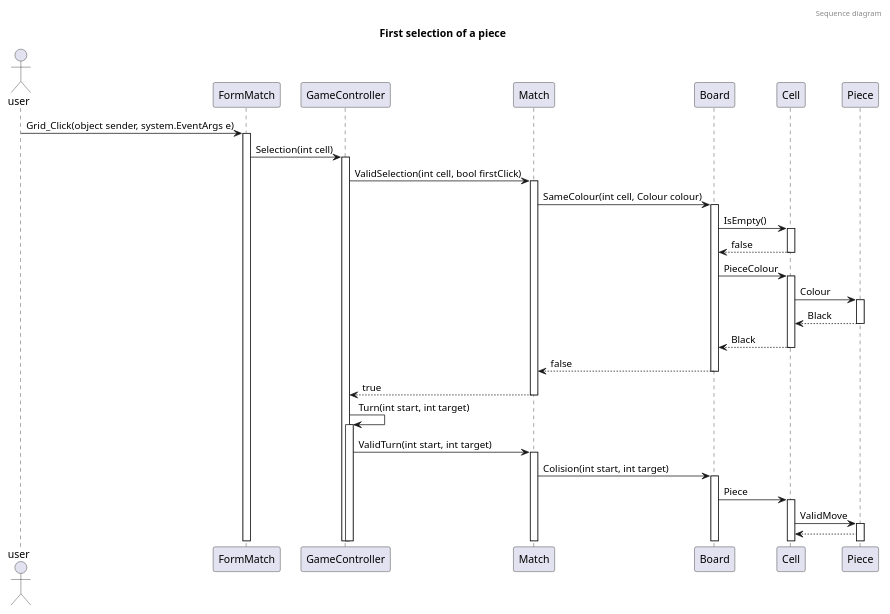
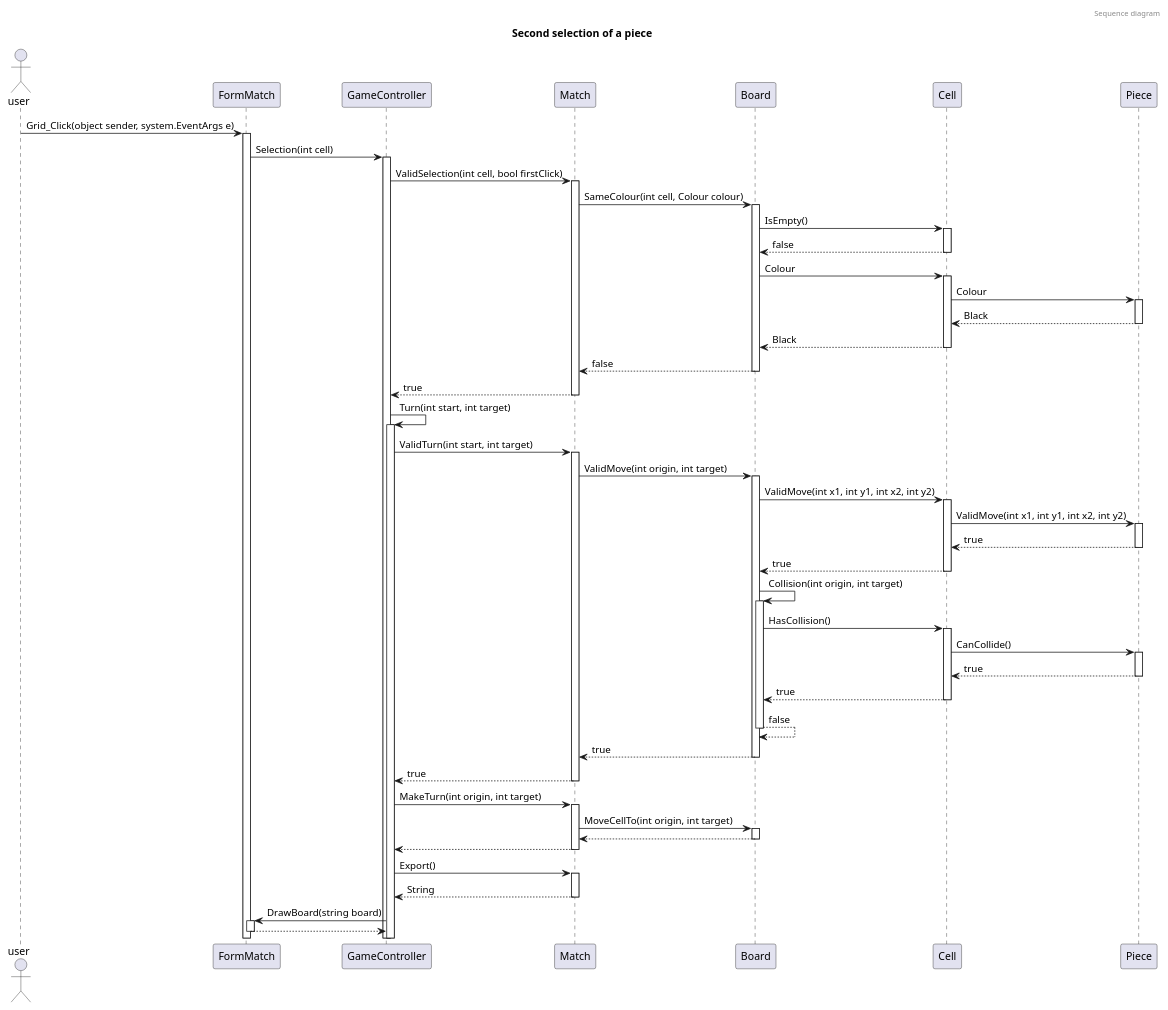
Before and after one commit to darkhappy/chess: the diagram in Diagrams/Sequences/SecondClick.puml, drawn with PlantUML. The commit also changed 1 other file, not shown here.

Commit message:
2e sequence, make the turn for modals and view

```diff
--- a/Diagrams/Sequences/SecondClick.puml
+++ b/Diagrams/Sequences/SecondClick.puml
@@ -1,44 +1,59 @@
 @startuml first_sequence
 
 header Sequence diagram
 
 title Second selection of a piece 
 
 actor user
 
-header Sequence diagram
-
-title First selection of a piece 
-
-actor user
-
+'---------'Check if is not the same colour---------'
 user -> FormMatch ++ : Grid_Click(object sender, system.EventArgs e)
 FormMatch -> GameController ++ : Selection(int cell)
 
 GameController -> Match ++: ValidSelection(int cell, bool firstClick)
 
-
 Match -> Board ++: SameColour(int cell, Colour colour)
 Board -> Cell ++: IsEmpty()
 return false
 
-Board -> Cell ++: PieceColour
+Board -> Cell ++: Colour
 Cell -> Piece ++: Colour
 return Black
 return Black
 return false
 return true
 
-
-
+'---------Check if turn is valid---------'
 GameController -> GameController ++: Turn(int start, int target)
 GameController -> Match ++: ValidTurn(int start, int target)
 
-Match -> Board ++: Colision(int start, int target)
+'Check if move is valid
+Match -> Board ++: ValidMove(int origin, int target)
+Board -> Cell ++: ValidMove(int x1, int y1, int x2, int y2)
+Cell -> Piece ++: ValidMove(int x1, int y1, int x2, int y2)
+return true
+return true
 
-Board -> Cell ++: Piece
+'Check if there are a collision
+Board -> Board ++: Collision(int origin, int target)
+Board -> Cell ++: HasCollision()
+Cell -> Piece ++: CanCollide()
+return true
+return true
+return false
+return true
+return true
 
-Cell -> Piece ++: ValidMove
-Cell <-- Piece: 
+'Make the turn (Modals)
+GameController -> Match ++: MakeTurn(int origin, int target)
+Match -> Board ++: MoveCellTo(int origin, int target)
+return
+return
+
+'Make the turn (Views)
+GameController -> Match ++: Export()
+return String
+GameController -> FormMatch ++: DrawBoard(string board)
+return
 
 @enduml
```
